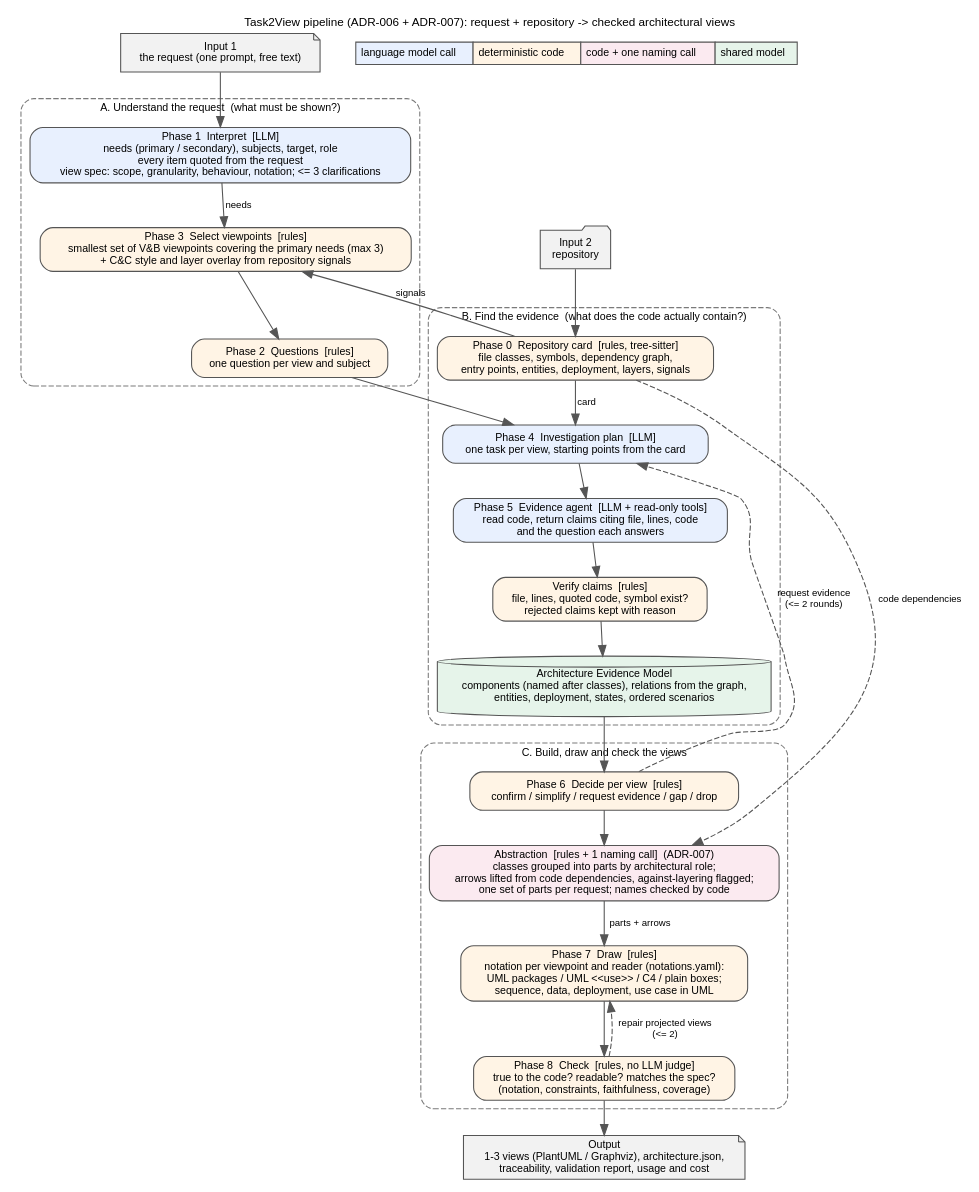
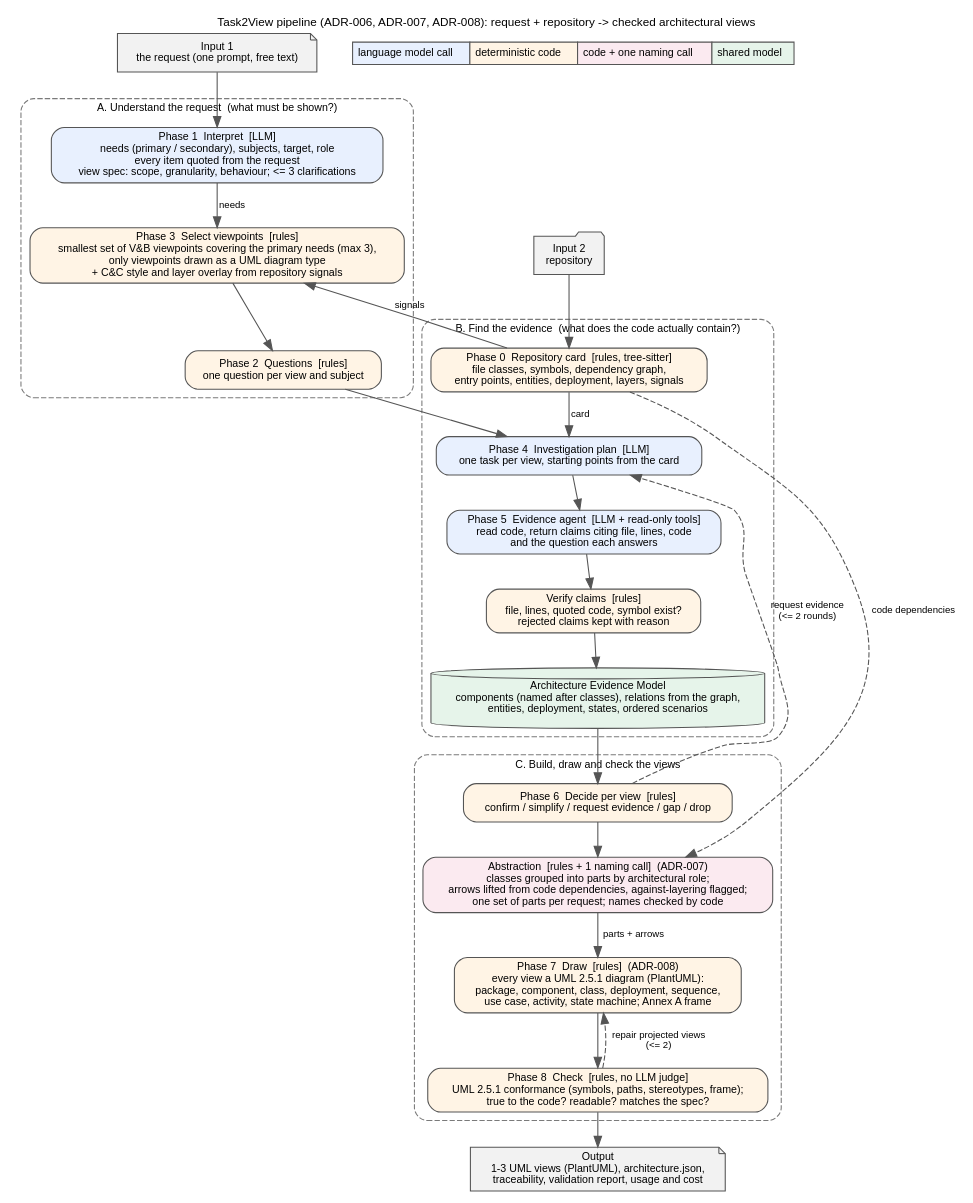
The diagram in docs/diagrams/pipeline-v2.dot (sa4s-serc/task2View), drawn with Graphviz before and after one commit. The commit also changed 133 other files, not shown here.

First line of the commit message:
ADR-008: every view in UML 2.5.1, with the UML specification as knowledge

```diff
--- a/docs/diagrams/pipeline-v2.dot
+++ b/docs/diagrams/pipeline-v2.dot
@@ -1,57 +1,57 @@
 // Task2View pipeline (ADR-006, revised by ADR-007). Render: dot -Tsvg pipeline-v2.dot -o pipeline-v2.svg
 digraph task2view {
   graph [rankdir=TB, fontname="Helvetica", fontsize=11, nodesep=0.35, ranksep=0.45, labelloc=t,
-         label="Task2View pipeline (ADR-006 + ADR-007): request + repository -> checked architectural views\n"];
+         label="Task2View pipeline (ADR-006, ADR-007, ADR-008): request + repository -> checked architectural views\n"];
   node  [shape=box, style="rounded,filled", fontname="Helvetica", fontsize=10, fillcolor="#ffffff", color="#555555"];
   edge  [fontname="Helvetica", fontsize=9, color="#555555"];
 
   goal [label="Input 1\nthe request (one prompt, free text)", shape=note, fillcolor="#f2f2f2"];
   repo [label="Input 2\nrepository", shape=folder, fillcolor="#f2f2f2"];
 
   subgraph cluster_understand {
     label="A. Understand the request  (what must be shown?)"; style="rounded,dashed"; color="#7a7a7a"; fontsize=10;
-    p1 [label="Phase 1  Interpret  [LLM]\nneeds (primary / secondary), subjects, target, role\nevery item quoted from the request\nview spec: scope, granularity, behaviour, notation; <= 3 clarifications", fillcolor="#e8f0fe"];
-    p3 [label="Phase 3  Select viewpoints  [rules]\nsmallest set of V&B viewpoints covering the primary needs (max 3)\n+ C&C style and layer overlay from repository signals", fillcolor="#fff4e5"];
+    p1 [label="Phase 1  Interpret  [LLM]\nneeds (primary / secondary), subjects, target, role\nevery item quoted from the request\nview spec: scope, granularity, behaviour; <= 3 clarifications", fillcolor="#e8f0fe"];
+    p3 [label="Phase 3  Select viewpoints  [rules]\nsmallest set of V&B viewpoints covering the primary needs (max 3),\nonly viewpoints drawn as a UML diagram type\n+ C&C style and layer overlay from repository signals", fillcolor="#fff4e5"];
     p2 [label="Phase 2  Questions  [rules]\none question per view and subject", fillcolor="#fff4e5"];
   }
 
   subgraph cluster_evidence {
     label="B. Find the evidence  (what does the code actually contain?)"; style="rounded,dashed"; color="#7a7a7a"; fontsize=10;
     p0 [label="Phase 0  Repository card  [rules, tree-sitter]\nfile classes, symbols, dependency graph,\nentry points, entities, deployment, layers, signals", fillcolor="#fff4e5"];
     p4 [label="Phase 4  Investigation plan  [LLM]\none task per view, starting points from the card", fillcolor="#e8f0fe"];
     p5 [label="Phase 5  Evidence agent  [LLM + read-only tools]\nread code, return claims citing file, lines, code\nand the question each answers", fillcolor="#e8f0fe"];
     v5 [label="Verify claims  [rules]\nfile, lines, quoted code, symbol exist?\nrejected claims kept with reason", fillcolor="#fff4e5"];
     aem [label="Architecture Evidence Model\ncomponents (named after classes), relations from the graph,\nentities, deployment, states, ordered scenarios", shape=cylinder, fillcolor="#e6f4ea"];
   }
 
   subgraph cluster_views {
     label="C. Build, draw and check the views"; style="rounded,dashed"; color="#7a7a7a"; fontsize=10;
     p6 [label="Phase 6  Decide per view  [rules]\nconfirm / simplify / request evidence / gap / drop", fillcolor="#fff4e5"];
     pa [label="Abstraction  [rules + 1 naming call]  (ADR-007)\nclasses grouped into parts by architectural role;\narrows lifted from code dependencies, against-layering flagged;\none set of parts per request; names checked by code", fillcolor="#fbeaf0"];
-    p7 [label="Phase 7  Draw  [rules]\nnotation per viewpoint and reader (notations.yaml):\nUML packages / UML <<use>> / C4 / plain boxes;\nsequence, data, deployment, use case in UML", fillcolor="#fff4e5"];
-    p8 [label="Phase 8  Check  [rules, no LLM judge]\ntrue to the code? readable? matches the spec?\n(notation, constraints, faithfulness, coverage)", fillcolor="#fff4e5"];
+    p7 [label="Phase 7  Draw  [rules]  (ADR-008)\nevery view a UML 2.5.1 diagram (PlantUML):\npackage, component, class, deployment, sequence,\nuse case, activity, state machine; Annex A frame", fillcolor="#fff4e5"];
+    p8 [label="Phase 8  Check  [rules, no LLM judge]\nUML 2.5.1 conformance (symbols, paths, stereotypes, frame);\ntrue to the code? readable? matches the spec?", fillcolor="#fff4e5"];
   }
 
-  out [label="Output\n1-3 views (PlantUML / Graphviz), architecture.json,\ntraceability, validation report, usage and cost", shape=note, fillcolor="#f2f2f2"];
+  out [label="Output\n1-3 UML views (PlantUML), architecture.json,\ntraceability, validation report, usage and cost", shape=note, fillcolor="#f2f2f2"];
   legend [shape=plaintext, label=<<table border="0" cellborder="1" cellspacing="0" cellpadding="4">
     <tr><td bgcolor="#e8f0fe">language model call</td><td bgcolor="#fff4e5">deterministic code</td><td bgcolor="#fbeaf0">code + one naming call</td><td bgcolor="#e6f4ea">shared model</td></tr></table>>];
 
   goal -> p1;
   repo -> p0;
   p0 -> p3 [label="signals"];
   p1 -> p3 [label="needs"];
   p3 -> p2;
   p2 -> p4;
   p0 -> p4 [label="card"];
   p4 -> p5;
   p5 -> v5;
   v5 -> aem;
   aem -> p6;
   p6 -> p4 [label="request evidence\n(<= 2 rounds)", style=dashed, constraint=false];
   p6 -> pa;
   pa -> p7 [label="parts + arrows"];
   p0 -> pa [label="code dependencies", style=dashed, constraint=false];
   p7 -> p8;
   p8 -> p7 [label="repair projected views\n(<= 2)", style=dashed, constraint=false];
   p8 -> out;
 }
```
